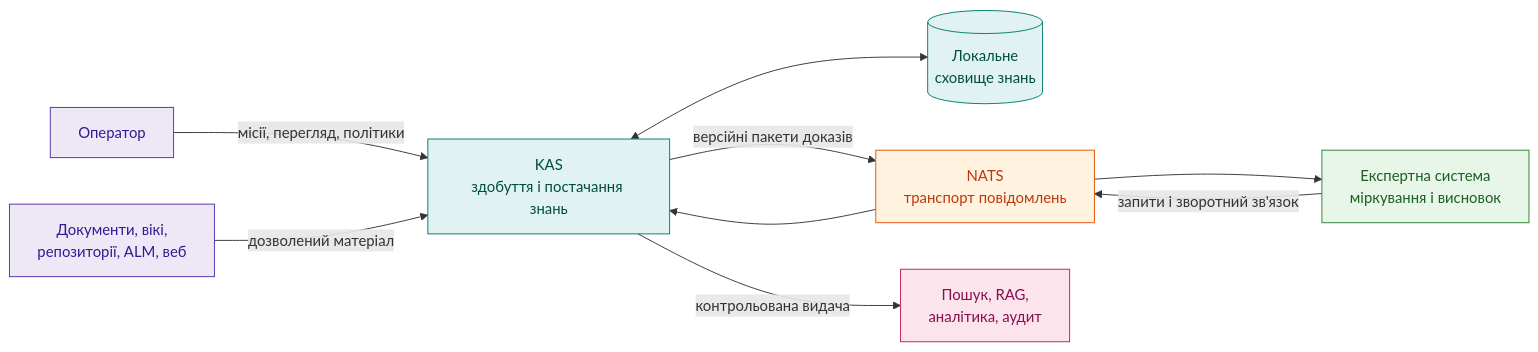
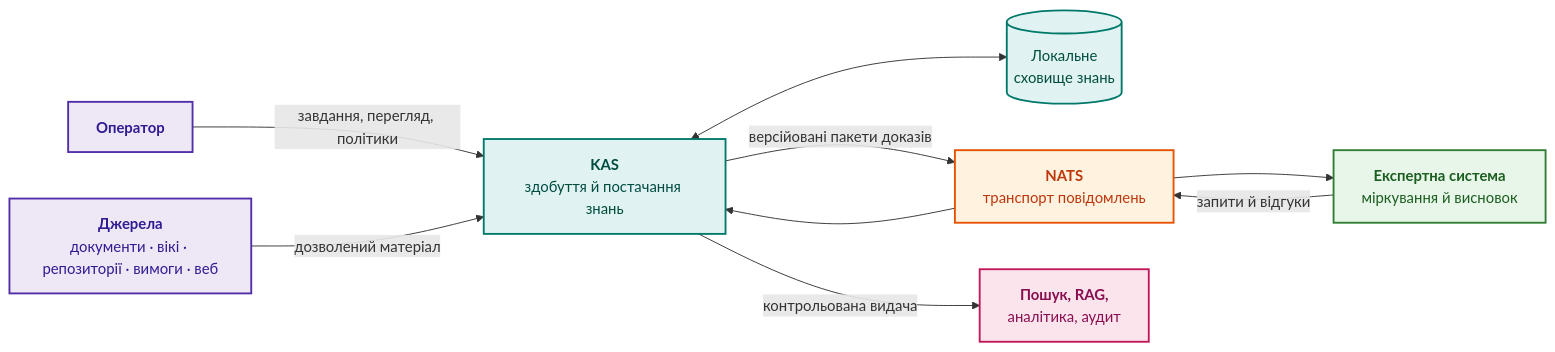
The fifth of 9 diagrams in ExpertSystem/ch10-knowledge-acquisition-systems.md (nick-fedchik/articles), drawn with Mermaid before and after one commit. The commit also changed other lines of this file, not shown here.

Commit message:
docs(ch10): restructure knowledge acquisition chapter, third-person author practice, explained formulas, bitemporal Go example, verified numbered sources

````diff
--- a/ExpertSystem/ch10-knowledge-acquisition-systems.md
+++ b/ExpertSystem/ch10-knowledge-acquisition-systems.md
@@ -576,34 +407,34 @@
 ```mermaid
 flowchart LR
     accTitle: KAS як незалежна програмна служба
-    accDescr: Взаємодія KAS з оператором, джерелами, локальним сховищем, брокером NATS та експертною системою.
+    accDescr: Оператор задає завдання й політики, джерела передають дозволений матеріал, KAS зберігає знання локально й обмінюється версійованими пакетами доказів з експертною системою через брокер NATS.
 
-    Operator["Оператор"]
-    Sources["Документи, вікі,<br/>репозиторії, ALM, веб"]
-    KAS["KAS<br/>здобуття і постачання знань"]
+    Operator["<b>Оператор</b>"]
+    Sources["<b>Джерела</b><br/>документи · вікі · репозиторії · вимоги · веб"]
+    KAS["<b>KAS</b><br/>здобуття й постачання знань"]
     Store[("Локальне<br/>сховище знань")]
-    NATS["NATS<br/>транспорт повідомлень"]
-    ES["Експертна система<br/>міркування і висновок"]
-    Other["Пошук, RAG,<br/>аналітика, аудит"]
+    NATS["<b>NATS</b><br/>транспорт повідомлень"]
+    ES["<b>Експертна система</b><br/>міркування й висновок"]
+    Other["<b>Пошук, RAG,</b><br/>аналітика, аудит"]
 
-    Operator -->|"місії, перегляд, політики"| KAS
+    Operator -->|"завдання, перегляд, політики"| KAS
     Sources -->|"дозволений матеріал"| KAS
     KAS <--> Store
-    KAS -->|"версійні пакети доказів"| NATS
+    KAS -->|"версійовані пакети доказів"| NATS
     NATS --> ES
-    ES -->|"запити і зворотний зв'язок"| NATS
+    ES -->|"запити й відгуки"| NATS
     NATS --> KAS
     KAS -->|"контрольована видача"| Other
 
-    classDef op fill:#ede7f6,stroke:#512da8,color:#311b92;
-    classDef kas fill:#e0f2f1,stroke:#00796b,color:#004d40;
-    classDef bus fill:#fff3e0,stroke:#e65100,color:#bf360c;
-    classDef es fill:#e8f5e9,stroke:#2e7d32,color:#1b5e20;
-    classDef ext fill:#fce4ec,stroke:#c2185b,color:#880e4f;
+    classDef op fill:#ede7f6,stroke:#512da8,stroke-width:2px,color:#311b92;
+    classDef kas fill:#e0f2f1,stroke:#00796b,stroke-width:2px,color:#004d40;
+    classDef bus fill:#fff3e0,stroke:#e65100,stroke-width:2px,color:#bf360c;
+    classDef es fill:#e8f5e9,stroke:#2e7d32,stroke-width:2px,color:#1b5e20;
+    classDef ext fill:#fce4ec,stroke:#c2185b,stroke-width:2px,color:#880e4f;
 
     class Operator,Sources op;
     class KAS,Store kas;
     class NATS bus;
     class ES es;
     class Other ext;
 ```
````
